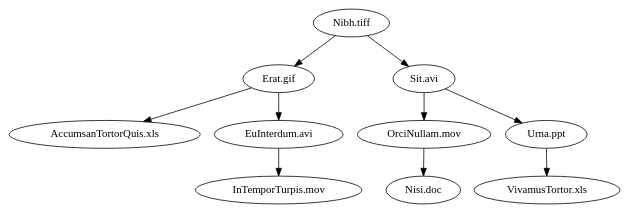
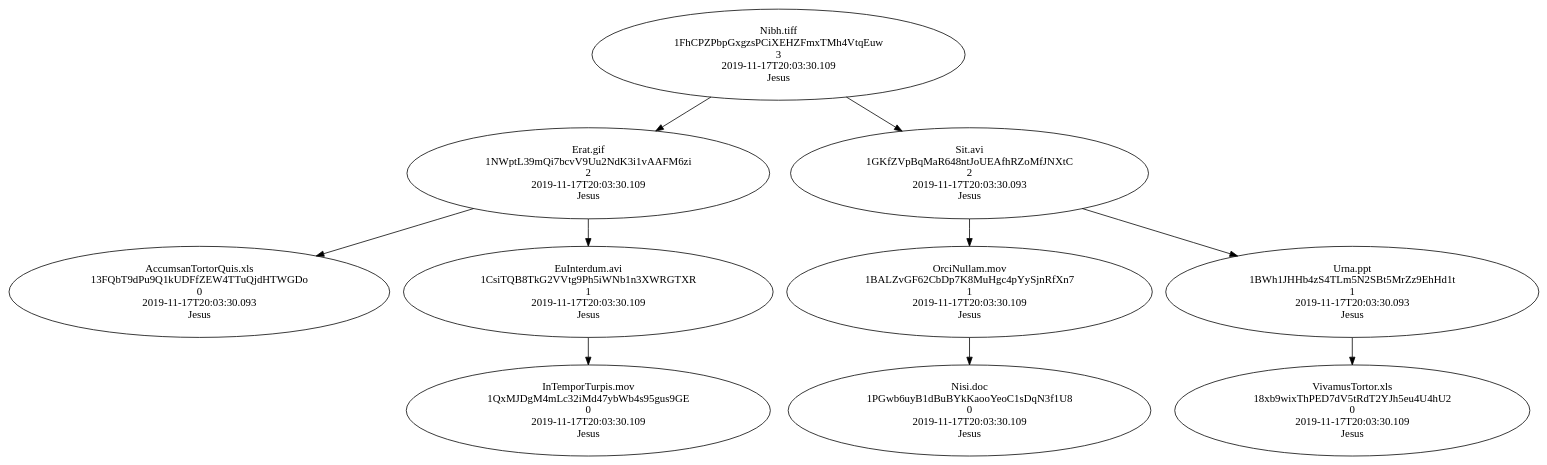
The diagram in ArbolAvl.dot (fraced97/EDD_2S2019_PY2_201700350), drawn with Graphviz before and after one commit. The commit also changed 9 other files, not shown here.

```diff
--- a/ArbolAvl.dot
+++ b/ArbolAvl.dot
@@ -1,22 +1,134 @@
 digraph G {
 
-"Nibh.tiff";
-"Nibh.tiff"->"Erat.gif";
-"Nibh.tiff"->"Sit.avi";
-"Erat.gif";
-"Erat.gif"->"AccumsanTortorQuis.xls";
-"Erat.gif"->"EuInterdum.avi";
-"AccumsanTortorQuis.xls";
-"EuInterdum.avi";
-"EuInterdum.avi"->"InTemporTurpis.mov";
-"InTemporTurpis.mov";
-"Sit.avi";
-"Sit.avi"->"OrciNullam.mov";
-"Sit.avi"->"Urna.ppt";
-"OrciNullam.mov";
-"OrciNullam.mov"->"Nisi.doc";
-"Nisi.doc";
-"Urna.ppt";
-"Urna.ppt"->"VivamusTortor.xls";
-"VivamusTortor.xls";
+"Nibh.tiff
+1FhCPZPbpGxgzsPCiXEHZFmxTMh4VtqEuw
+3
+2019-11-17T20:03:30.109
+Jesus";
+"Nibh.tiff
+1FhCPZPbpGxgzsPCiXEHZFmxTMh4VtqEuw
+3
+2019-11-17T20:03:30.109
+Jesus"->"Erat.gif
+1NWptL39mQi7bcvV9Uu2NdK3i1vAAFM6zi
+2
+2019-11-17T20:03:30.109
+Jesus";
+"Nibh.tiff
+1FhCPZPbpGxgzsPCiXEHZFmxTMh4VtqEuw
+3
+2019-11-17T20:03:30.109
+Jesus"->"Sit.avi
+1GKfZVpBqMaR648ntJoUEAfhRZoMfJNXtC
+2
+2019-11-17T20:03:30.093
+Jesus";
+"Erat.gif
+1NWptL39mQi7bcvV9Uu2NdK3i1vAAFM6zi
+2
+2019-11-17T20:03:30.109
+Jesus";
+"Erat.gif
+1NWptL39mQi7bcvV9Uu2NdK3i1vAAFM6zi
+2
+2019-11-17T20:03:30.109
+Jesus"->"AccumsanTortorQuis.xls
+13FQbT9dPu9Q1kUDFfZEW4TTuQjdHTWGDo
+0
+2019-11-17T20:03:30.093
+Jesus";
+"Erat.gif
+1NWptL39mQi7bcvV9Uu2NdK3i1vAAFM6zi
+2
+2019-11-17T20:03:30.109
+Jesus"->"EuInterdum.avi
+1CsiTQB8TkG2VVtg9Ph5iWNb1n3XWRGTXR
+1
+2019-11-17T20:03:30.109
+Jesus";
+"AccumsanTortorQuis.xls
+13FQbT9dPu9Q1kUDFfZEW4TTuQjdHTWGDo
+0
+2019-11-17T20:03:30.093
+Jesus";
+"EuInterdum.avi
+1CsiTQB8TkG2VVtg9Ph5iWNb1n3XWRGTXR
+1
+2019-11-17T20:03:30.109
+Jesus";
+"EuInterdum.avi
+1CsiTQB8TkG2VVtg9Ph5iWNb1n3XWRGTXR
+1
+2019-11-17T20:03:30.109
+Jesus"->"InTemporTurpis.mov
+1QxMJDgM4mLc32iMd47ybWb4s95gus9GE
+0
+2019-11-17T20:03:30.109
+Jesus";
+"InTemporTurpis.mov
+1QxMJDgM4mLc32iMd47ybWb4s95gus9GE
+0
+2019-11-17T20:03:30.109
+Jesus";
+"Sit.avi
+1GKfZVpBqMaR648ntJoUEAfhRZoMfJNXtC
+2
+2019-11-17T20:03:30.093
+Jesus";
+"Sit.avi
+1GKfZVpBqMaR648ntJoUEAfhRZoMfJNXtC
+2
+2019-11-17T20:03:30.093
+Jesus"->"OrciNullam.mov
+1BALZvGF62CbDp7K8MuHgc4pYySjnRfXn7
+1
+2019-11-17T20:03:30.109
+Jesus";
+"Sit.avi
+1GKfZVpBqMaR648ntJoUEAfhRZoMfJNXtC
+2
+2019-11-17T20:03:30.093
+Jesus"->"Urna.ppt
+1BWh1JHHb4zS4TLm5N2SBt5MrZz9EhHd1t
+1
+2019-11-17T20:03:30.093
+Jesus";
+"OrciNullam.mov
+1BALZvGF62CbDp7K8MuHgc4pYySjnRfXn7
+1
+2019-11-17T20:03:30.109
+Jesus";
+"OrciNullam.mov
+1BALZvGF62CbDp7K8MuHgc4pYySjnRfXn7
+1
+2019-11-17T20:03:30.109
+Jesus"->"Nisi.doc
+1PGwb6uyB1dBuBYkKaooYeoC1sDqN3f1U8
+0
+2019-11-17T20:03:30.109
+Jesus";
+"Nisi.doc
+1PGwb6uyB1dBuBYkKaooYeoC1sDqN3f1U8
+0
+2019-11-17T20:03:30.109
+Jesus";
+"Urna.ppt
+1BWh1JHHb4zS4TLm5N2SBt5MrZz9EhHd1t
+1
+2019-11-17T20:03:30.093
+Jesus";
+"Urna.ppt
+1BWh1JHHb4zS4TLm5N2SBt5MrZz9EhHd1t
+1
+2019-11-17T20:03:30.093
+Jesus"->"VivamusTortor.xls
+18xb9wixThPED7dV5tRdT2YJh5eu4U4hU2
+0
+2019-11-17T20:03:30.109
+Jesus";
+"VivamusTortor.xls
+18xb9wixThPED7dV5tRdT2YJh5eu4U4hU2
+0
+2019-11-17T20:03:30.109
+Jesus";
 }
```
